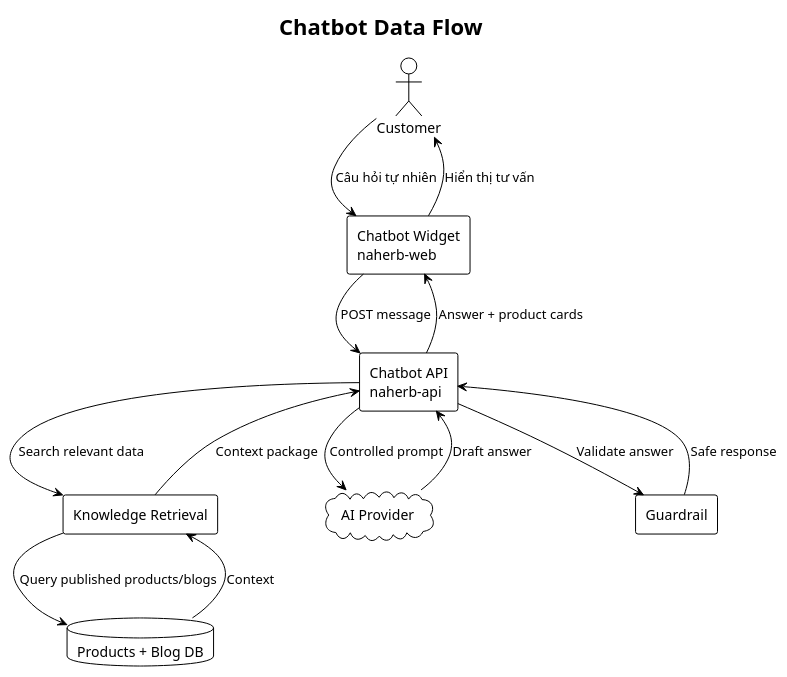
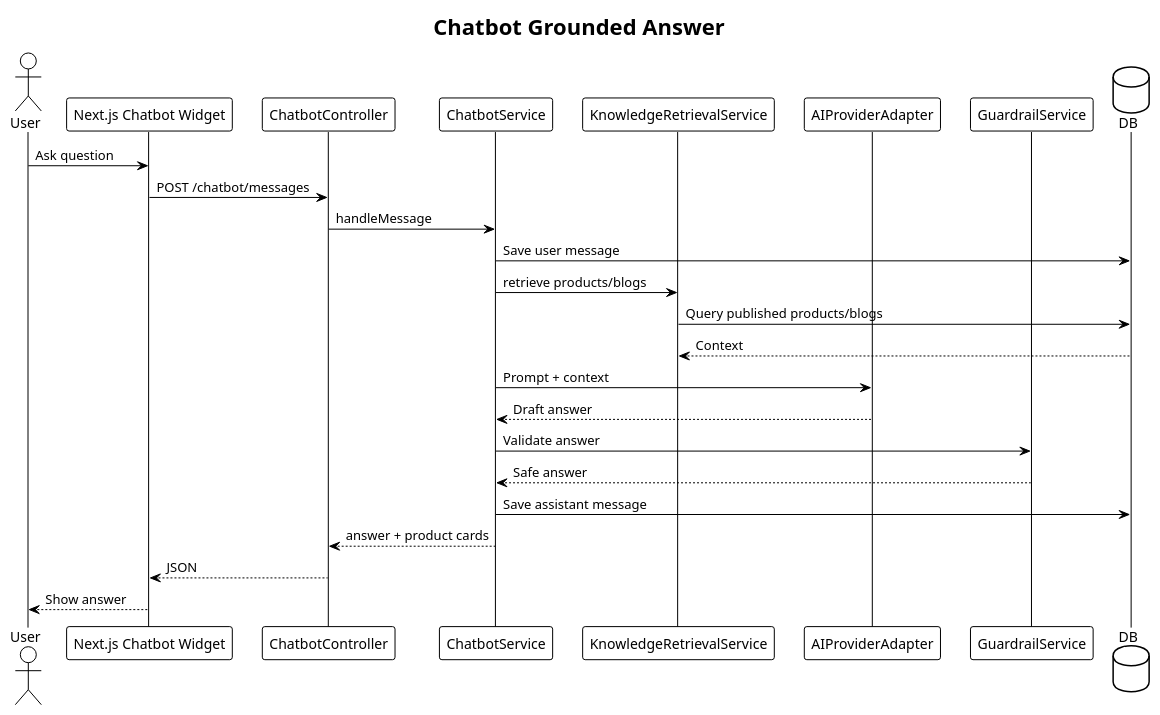
Before and after one commit to Dyuedu071/NaHerbs: the ninth of 9 diagrams in docs/SDD.md, drawn with PlantUML. The commit also changed other lines of this file and 42 other files, not shown here.

Commit message:
feat: initialize NaHerbs web frontend and database schema with initial documentation and project structure

````diff
--- a/docs/SDD.md
+++ b/docs/SDD.md
@@ -1462,30 +644,34 @@
 ```plantuml
 @startuml
 !theme plain
 skinparam shadowing false
 skinparam defaultFontName Arial
 
-title Chatbot Data Flow
+title Chatbot Grounded Answer
 
-actor Customer
-rectangle "Chatbot Widget\nnaherb-web" as Widget
-rectangle "Chatbot API\nnaherb-api" as ChatApi
-rectangle "Knowledge Retrieval" as Knowledge
-database "Products + Blog DB" as DB
-cloud "AI Provider" as AI
-rectangle "Guardrail" as Guardrail
+actor User
+participant "Next.js Chatbot Widget" as Widget
+participant "ChatbotController" as Controller
+participant "ChatbotService" as Chat
+participant "KnowledgeRetrievalService" as Knowledge
+participant "AIProviderAdapter" as AI
+participant "GuardrailService" as Guardrail
+database "DB" as DB
 
-Customer --> Widget : Câu hỏi tự nhiên
-Widget --> ChatApi : POST message
-ChatApi --> Knowledge : Search relevant data
-Knowledge --> DB : Query published products/blogs
+User -> Widget : Ask question
+Widget -> Controller : POST /chatbot/messages
+Controller -> Chat : handleMessage
+Chat -> DB : Save user message
+Chat -> Knowledge : retrieve products/blogs
+Knowledge -> DB : Query published products/blogs
 DB --> Knowledge : Context
-Knowledge --> ChatApi : Context package
-ChatApi --> AI : Controlled prompt
-AI --> ChatApi : Draft answer
-ChatApi --> Guardrail : Validate answer
-Guardrail --> ChatApi : Safe response
-ChatApi --> Widget : Answer + product cards
-Widget --> Customer : Hiển thị tư vấn
+Chat -> AI : Prompt + context
+AI --> Chat : Draft answer
+Chat -> Guardrail : Validate answer
+Guardrail --> Chat : Safe answer
+Chat -> DB : Save assistant message
+Controller <-- Chat : answer + product cards
+Widget <-- Controller : JSON
+Widget --> User : Show answer
 @enduml
 ```
````
